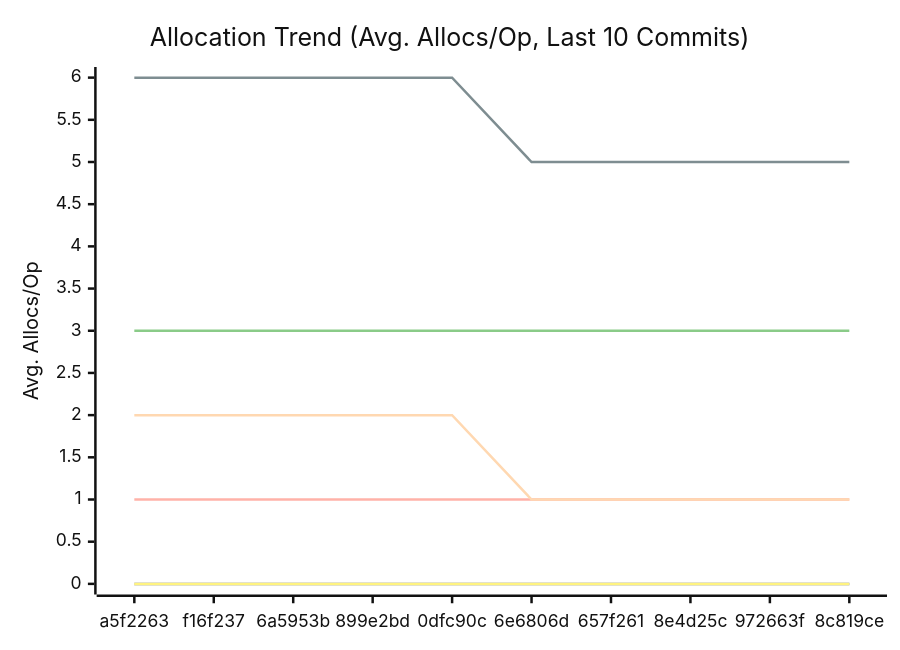
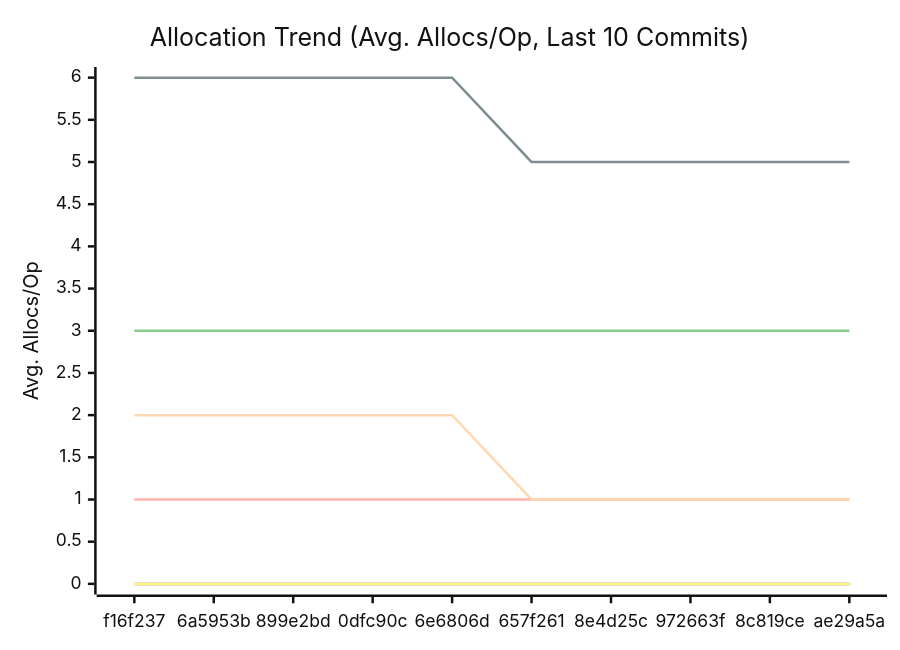
Before and after one commit to alsotoes/momo: the third of 3 diagrams in docs/PERFORMANCE.md, drawn with Mermaid (neutral theme). The commit also changed other lines of this file and 5 other files, not shown here.

````diff
--- a/docs/PERFORMANCE.md
+++ b/docs/PERFORMANCE.md
@@ -114,16 +114,16 @@
 ```mermaid
 xychart-beta
     title "Allocation Trend (Avg. Allocs/Op, Last 10 Commits)"
     x-axis "Commit"
     y-axis "Avg. Allocs/Op"
-    x-axis [a5f2263,f16f237,6a5953b,899e2bd,0dfc90c,6e6806d,657f261,8e4d25c,972663f,8c819ce]
+    x-axis [f16f237,6a5953b,899e2bd,0dfc90c,6e6806d,657f261,8e4d25c,972663f,8c819ce,ae29a5a]
     line "CheckMetricsAndSwap" [0,0,0,0,0,0,0,0,0,0]
     line "CrushOptimized" [0,0,0,0,0,0,0,0,0,0]
     line "CrushOriginal" [3,3,3,3,3,3,3,3,3,3]
     line "IndexDirectTracking" [0,0,0,0,0,0,0,0,0,0]
     line "IndexSearch" [0,0,0,0,0,0,0,0,0,0]
     line "LoadGlobalConfig" [1,1,1,1,1,1,1,1,1,1]
     line "PadString" [0,0,0,0,0,0,0,0,0,0]
     line "ParseReplicationOrder_NoPrealloc" [6,6,6,6,6,5,5,5,5,5]
     line "ParseReplicationOrder_Prealloc" [2,2,2,2,2,1,1,1,1,1]
 ```
````
